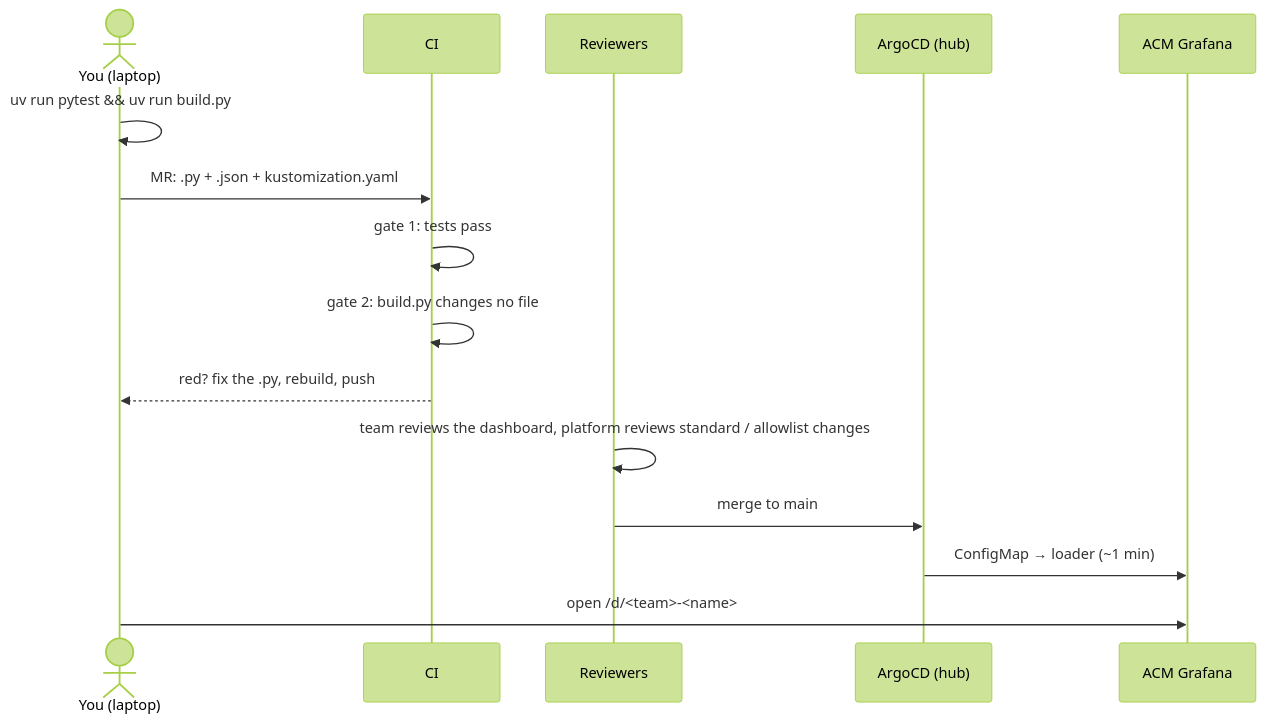
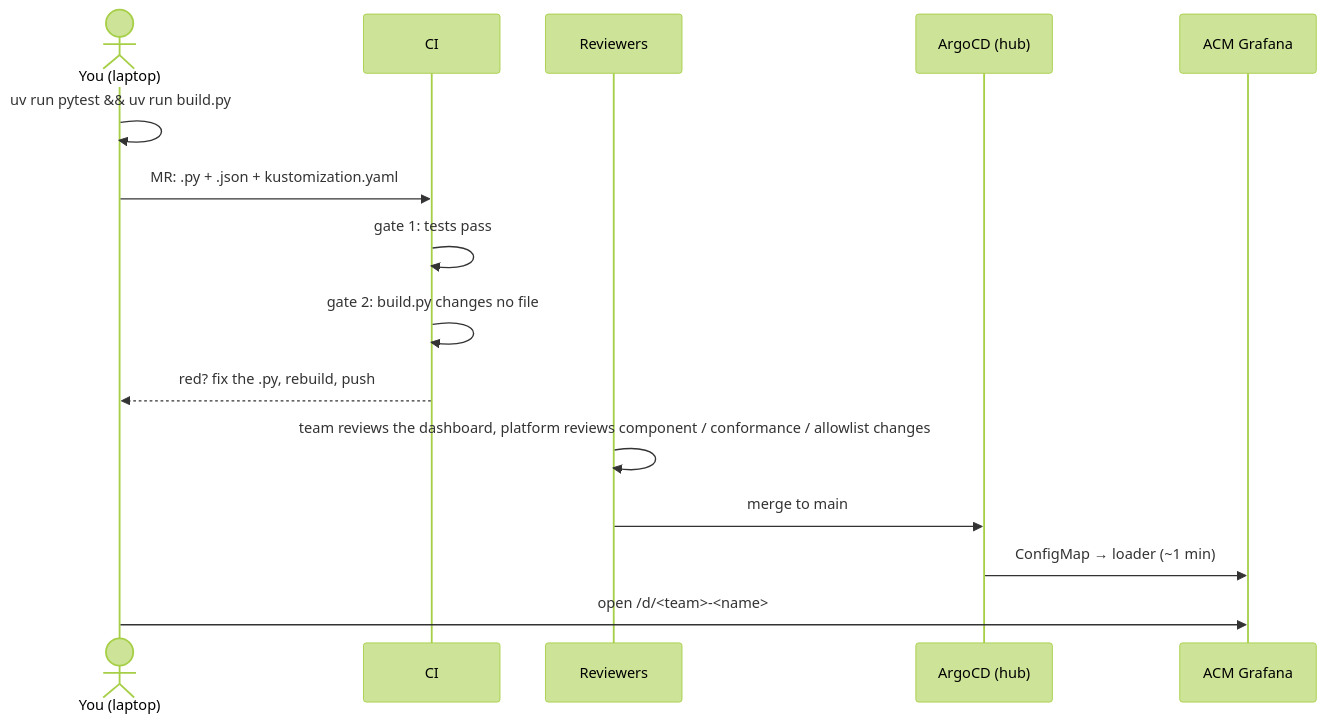
One commit to seanjin97/hack-multi-cluster-openshift-observability changed the first of 2 diagrams in doc/app-teams/3-ship.md. Above: the diagram before and after it, drawn with Mermaid (forest theme). The commit also changed other lines of this file and 30 other files, not shown here.

First line of the commit message:
split dashboard standard into a component library and conformance tests

````diff
--- a/doc/app-teams/3-ship.md
+++ b/doc/app-teams/3-ship.md
@@ -7,17 +7,17 @@
 ```mermaid
 sequenceDiagram
   actor Dev as You (laptop)
   participant CI
   participant Rev as Reviewers
   participant Argo as ArgoCD (hub)
   participant G as ACM Grafana
   Dev->>Dev: uv run pytest && uv run build.py
   Dev->>CI: MR: .py + .json + kustomization.yaml
   CI->>CI: gate 1: tests pass
   CI->>CI: gate 2: build.py changes no file
   CI-->>Dev: red? fix the .py, rebuild, push
-  Rev->>Rev: team reviews the dashboard, platform reviews standard / allowlist changes
+  Rev->>Rev: team reviews the dashboard, platform reviews component / conformance / allowlist changes
   Rev->>Argo: merge to main
   Argo->>G: ConfigMap → loader (~1 min)
   Dev->>G: open /d/<team>-<name>
 ```
````
